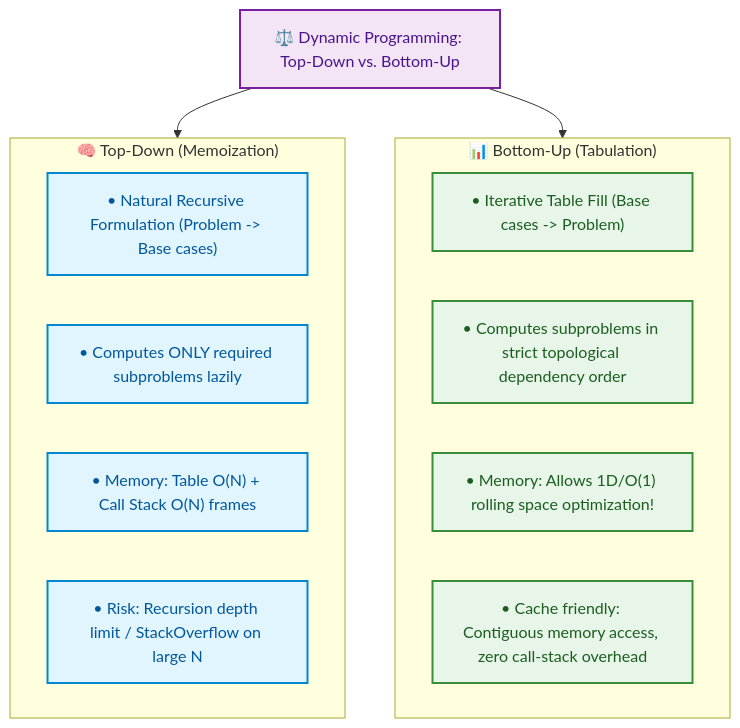
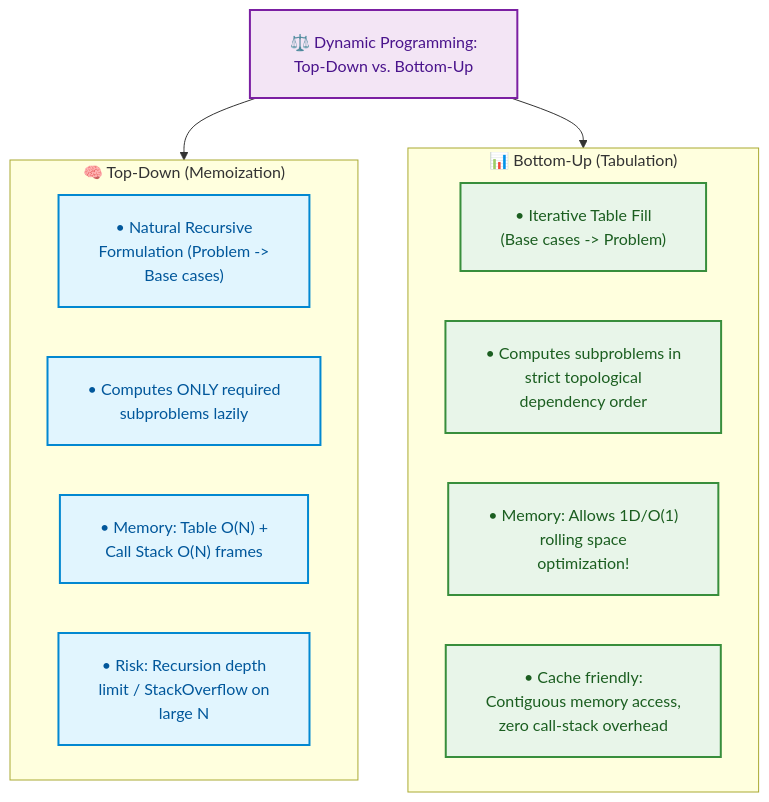
One commit to dip4k/DSA_102 changed the first of 2 diagrams in week_10_dynamic_programming_i_fundamentals/WEEK_10_FULL_PLAYBOOK.md. Above: the diagram before and after it, drawn with Mermaid. The commit also changed other lines of this file and 108 other files, not shown here.

First line of the commit message:
fix(mermaid): resolve diagram clipping, padding, and syntax issues across repo

````diff
--- a/week_10_dynamic_programming_i_fundamentals/WEEK_10_FULL_PLAYBOOK.md
+++ b/week_10_dynamic_programming_i_fundamentals/WEEK_10_FULL_PLAYBOOK.md
@@ -259,24 +259,25 @@
 ```mermaid
+%%{init: {"flowchart": {"htmlLabels": true, "padding": 20}}}%%
 flowchart TD
     classDef top fill:#e1f5fe,stroke:#0288d1,color:#01579b,stroke-width:2px;
     classDef bot fill:#e8f5e9,stroke:#388e3c,color:#1b5e20,stroke-width:2px;
     classDef comp fill:#f3e5f5,stroke:#7b1fa2,color:#4a148c,stroke-width:2px;
 
-    R["⚖️ Dynamic Programming: Top-Down vs. Bottom-Up"]:::comp
+    R["⚖️ Dynamic Programming:<br/>Top-Down vs. Bottom-Up"]:::comp
 
     subgraph TopDown["🧠 Top-Down (Memoization)"]
-        T1["• Natural Recursive Formulation (Problem -> Base cases)"]:::top
-        T2["• Computes ONLY required subproblems lazily"]:::top
-        T3["• Memory: Table O(N) + Call Stack O(N) frames"]:::top
-        T4["• Risk: Recursion depth limit / StackOverflow on large N"]:::top
+        T1["• Natural Recursive<br/>Formulation (Problem -><br/>Base cases)"]:::top
+        T2["• Computes ONLY required<br/>subproblems lazily"]:::top
+        T3["• Memory: Table O(N) +<br/>Call Stack O(N) frames"]:::top
+        T4["• Risk: Recursion depth<br/>limit / StackOverflow on<br/>large N"]:::top
     end
 
     subgraph BottomUp["📊 Bottom-Up (Tabulation)"]
-        B1["• Iterative Table Fill (Base cases -> Problem)"]:::bot
-        B2["• Computes subproblems in strict topological dependency order"]:::bot
-        B3["• Memory: Allows 1D/O(1) rolling space optimization!"]:::bot
-        B4["• Cache friendly: Contiguous memory access, zero call-stack overhead"]:::bot
+        B1["• Iterative Table Fill<br/>(Base cases -> Problem)"]:::bot
+        B2["• Computes subproblems in<br/>strict topological<br/>dependency order"]:::bot
+        B3["• Memory: Allows 1D/O(1)<br/>rolling space<br/>optimization!"]:::bot
+        B4["• Cache friendly:<br/>Contiguous memory access,<br/>zero call-stack overhead"]:::bot
     end
 
     R --> TopDown & BottomUp
 ```
````
